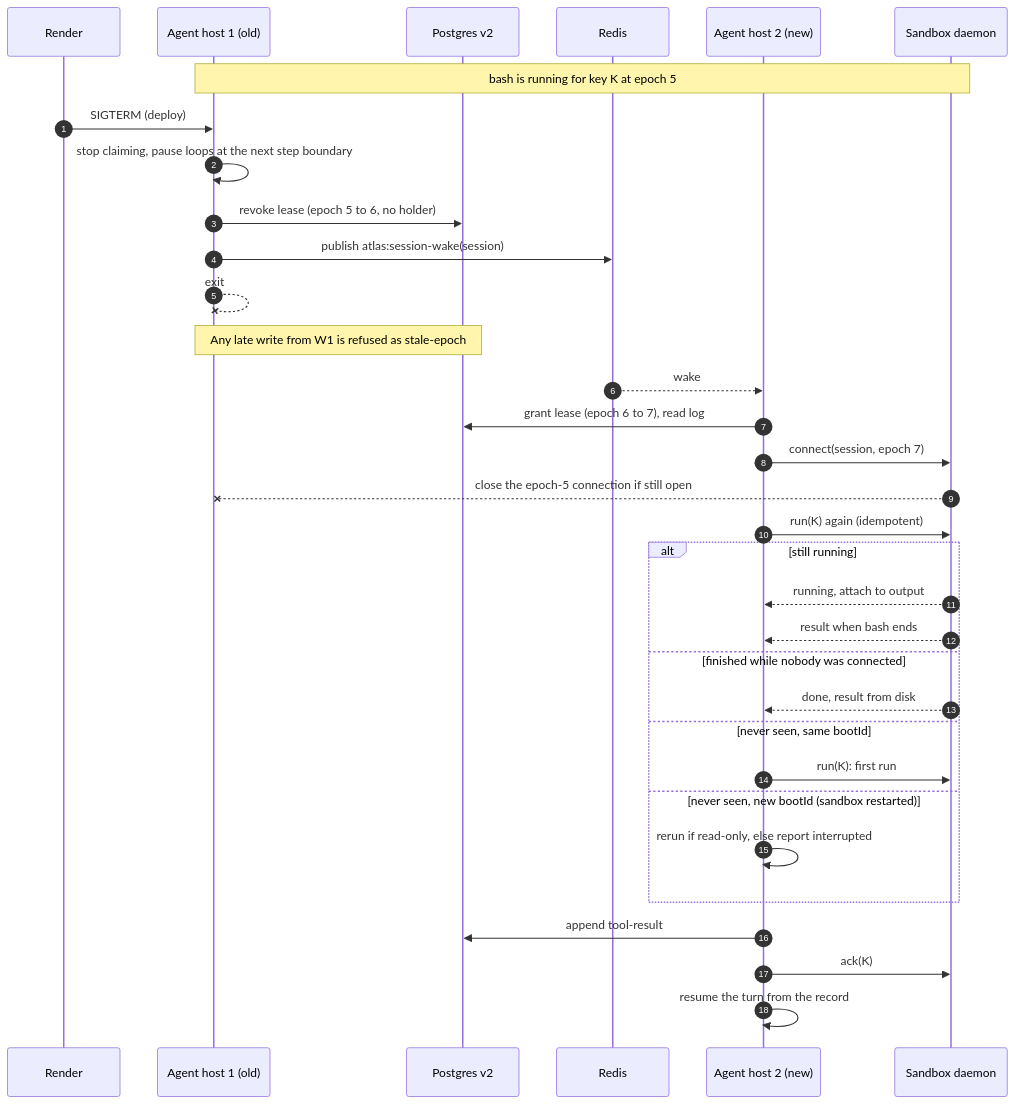
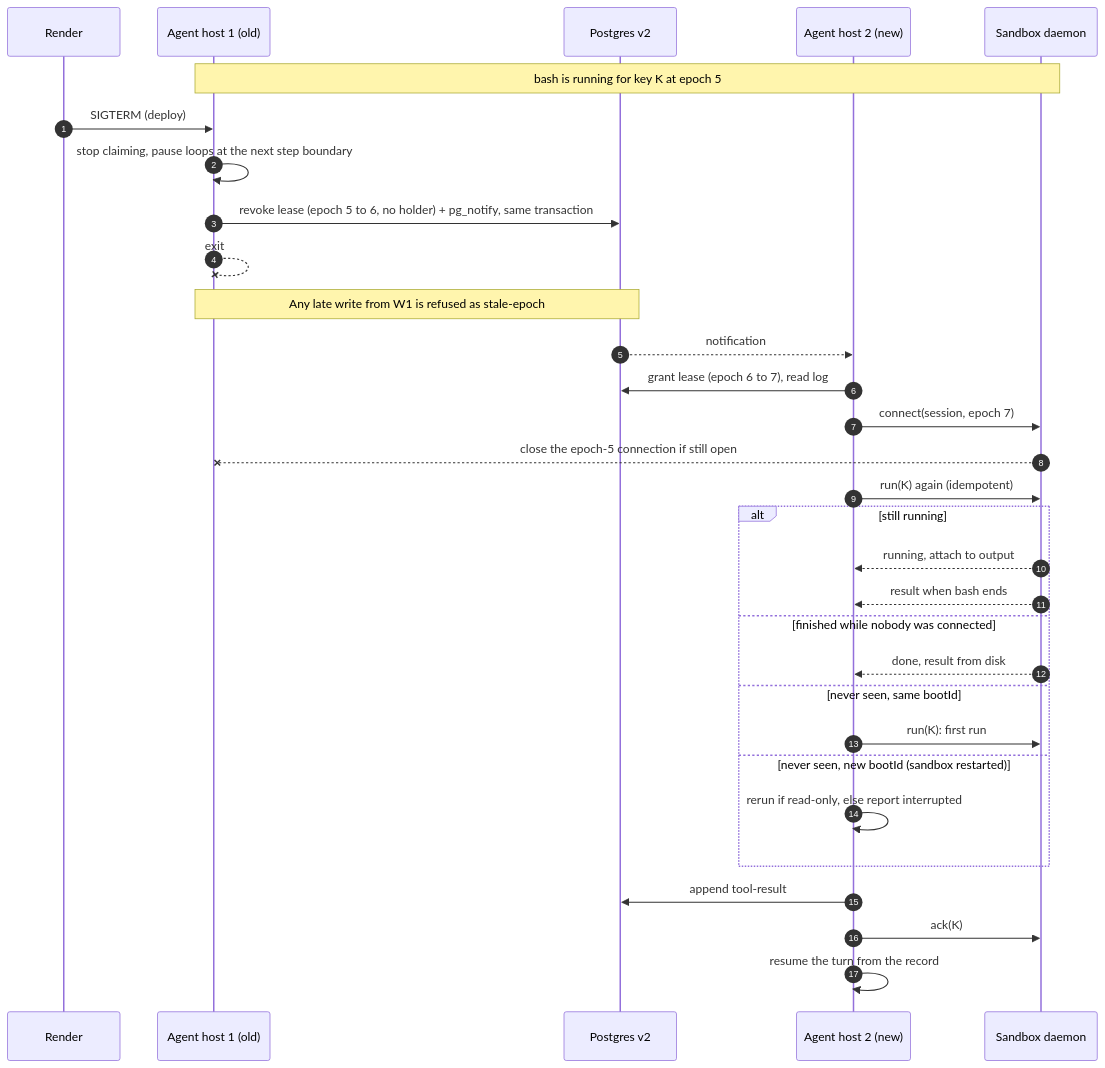
One commit to dennisofficial/atlas changed the third of 3 diagrams in docs/v2/slices/03-agent-host.md. Above: the diagram before and after it, drawn with Mermaid. The commit also changed other lines of this file and 6 other files, not shown here.

````diff
--- a/docs/v2/slices/03-agent-host.md
+++ b/docs/v2/slices/03-agent-host.md
@@ -177,36 +187,34 @@
 ```mermaid
 sequenceDiagram
   autonumber
   participant Render
   participant W1 as Agent host 1 (old)
   participant PG as Postgres v2
-  participant R as Redis
   participant W2 as Agent host 2 (new)
   participant D as Sandbox daemon
 
   Note over W1,D: bash is running for key K at epoch 5
   Render->>W1: SIGTERM (deploy)
   W1->>W1: stop claiming, pause loops at the next step boundary
-  W1->>PG: revoke lease (epoch 5 to 6, no holder)
-  W1->>R: publish atlas:session-wake(session)
+  W1->>PG: revoke lease (epoch 5 to 6, no holder) + pg_notify, same transaction
   W1--xW1: exit
   Note over W1,PG: Any late write from W1 is refused as stale-epoch
-  R-->>W2: wake
+  PG-->>W2: notification
   W2->>PG: grant lease (epoch 6 to 7), read log
   W2->>D: connect(session, epoch 7)
   D--xW1: close the epoch-5 connection if still open
   W2->>D: run(K) again (idempotent)
   alt still running
     D-->>W2: running, attach to output
     D-->>W2: result when bash ends
   else finished while nobody was connected
     D-->>W2: done, result from disk
   else never seen, same bootId
     W2->>D: run(K): first run
   else never seen, new bootId (sandbox restarted)
     W2->>W2: rerun if read-only, else report interrupted
   end
   W2->>PG: append tool-result
   W2->>D: ack(K)
   W2->>W2: resume the turn from the record
 ```
````
